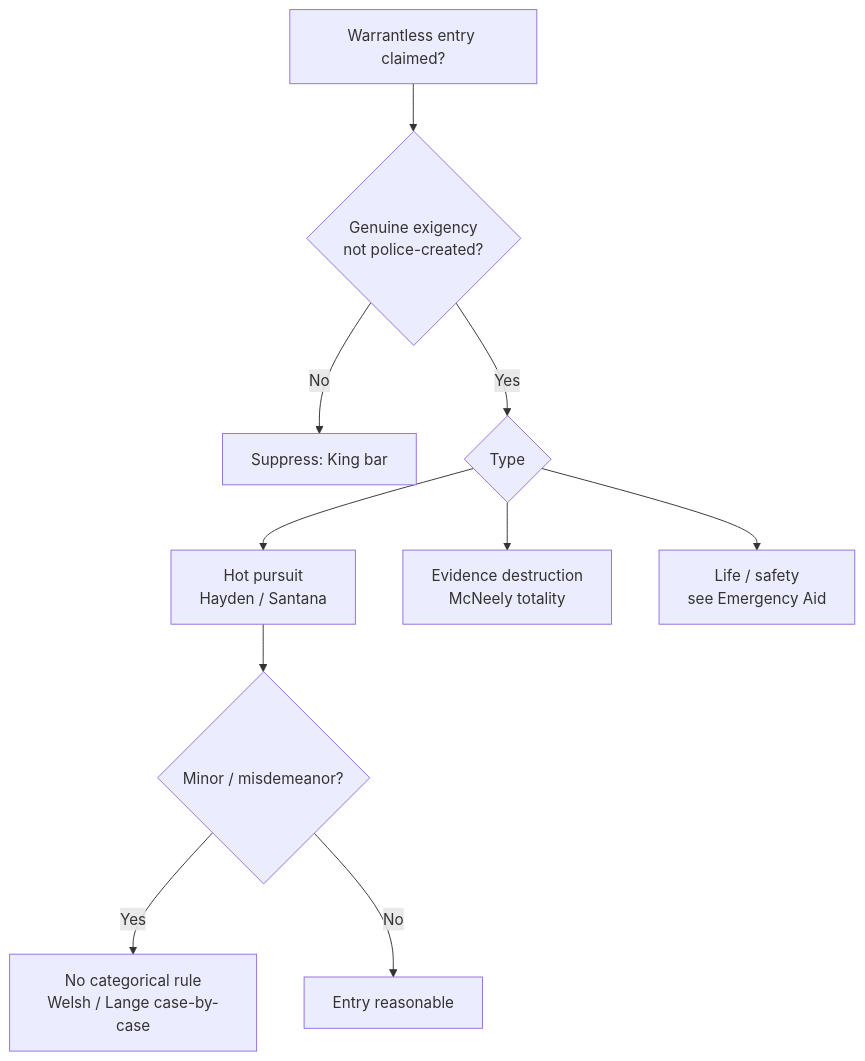
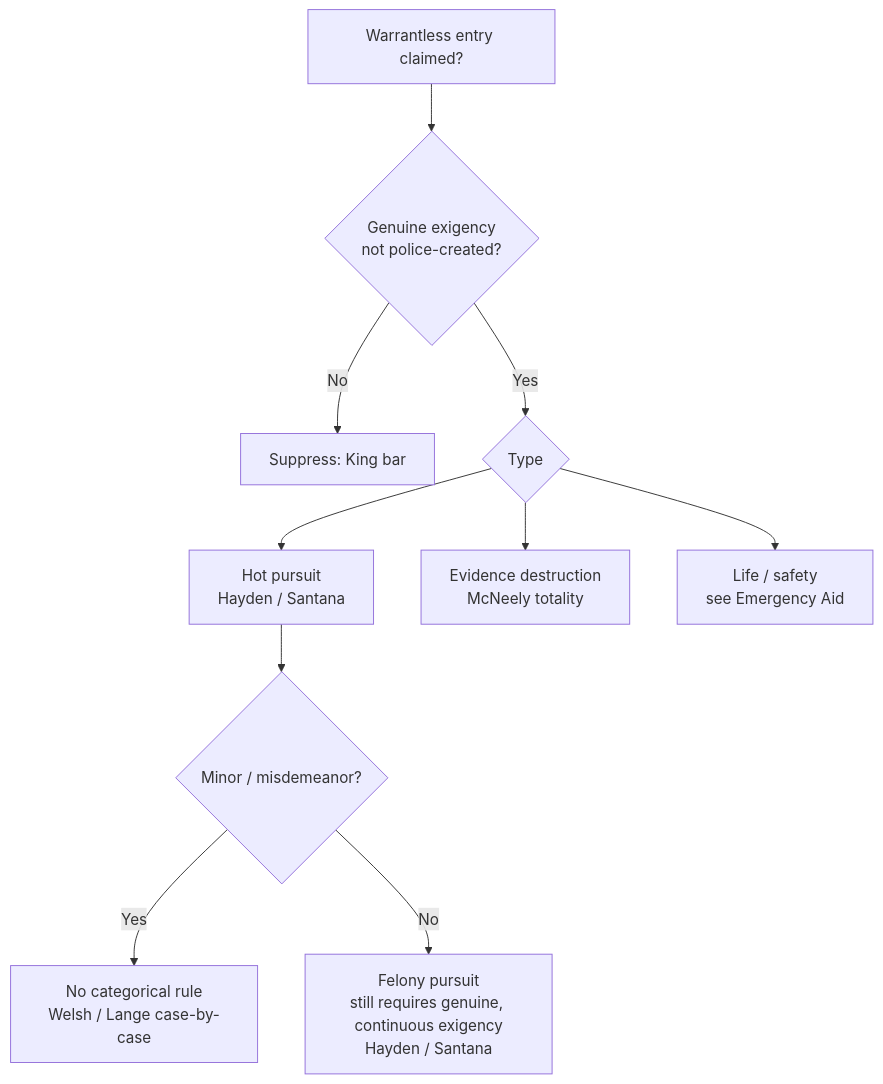
One commit to Enragedsaturday/cssi changed the diagram in content/Exigent Circumstances and Hot Pursuit.md. Above: the diagram before and after it, drawn with Mermaid. The commit also changed other lines of this file and 38 other files, not shown here.

````diff
--- a/content/Exigent Circumstances and Hot Pursuit.md
+++ b/content/Exigent Circumstances and Hot Pursuit.md
@@ -67,12 +68,12 @@
 ```mermaid
 flowchart TD
   A[Warrantless entry claimed?] --> B{Genuine exigency<br/>not police-created?}
   B -- No --> X[Suppress: King bar]
   B -- Yes --> C{Type}
   C --> D[Hot pursuit<br/>Hayden / Santana]
   C --> E[Evidence destruction<br/>McNeely totality]
   C --> F[Life / safety<br/>see Emergency Aid]
   D --> G{Minor / misdemeanor?}
   G -- Yes --> H[No categorical rule<br/>Welsh / Lange case-by-case]
-  G -- No --> I[Entry reasonable]
+  G -- No --> I[Felony pursuit<br/>still requires genuine, continuous exigency<br/>Hayden / Santana]
 ```
````
